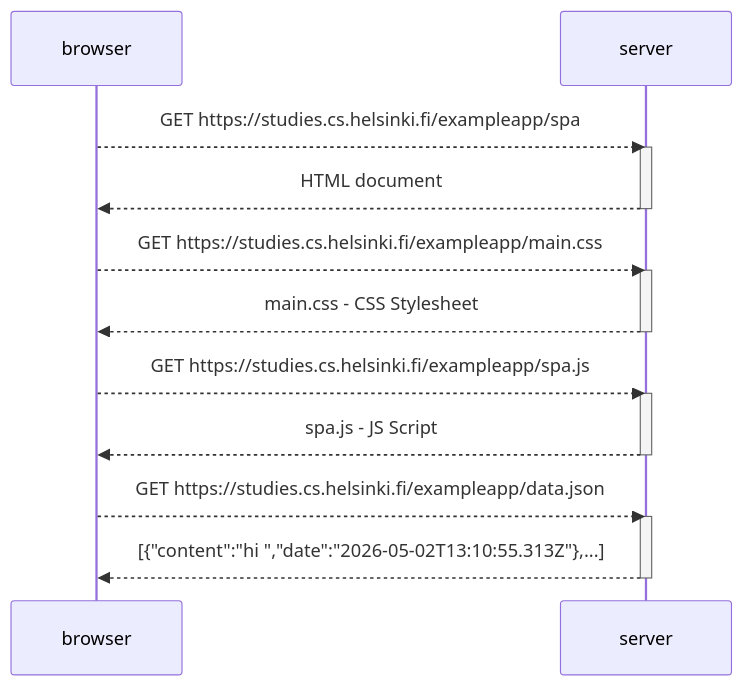
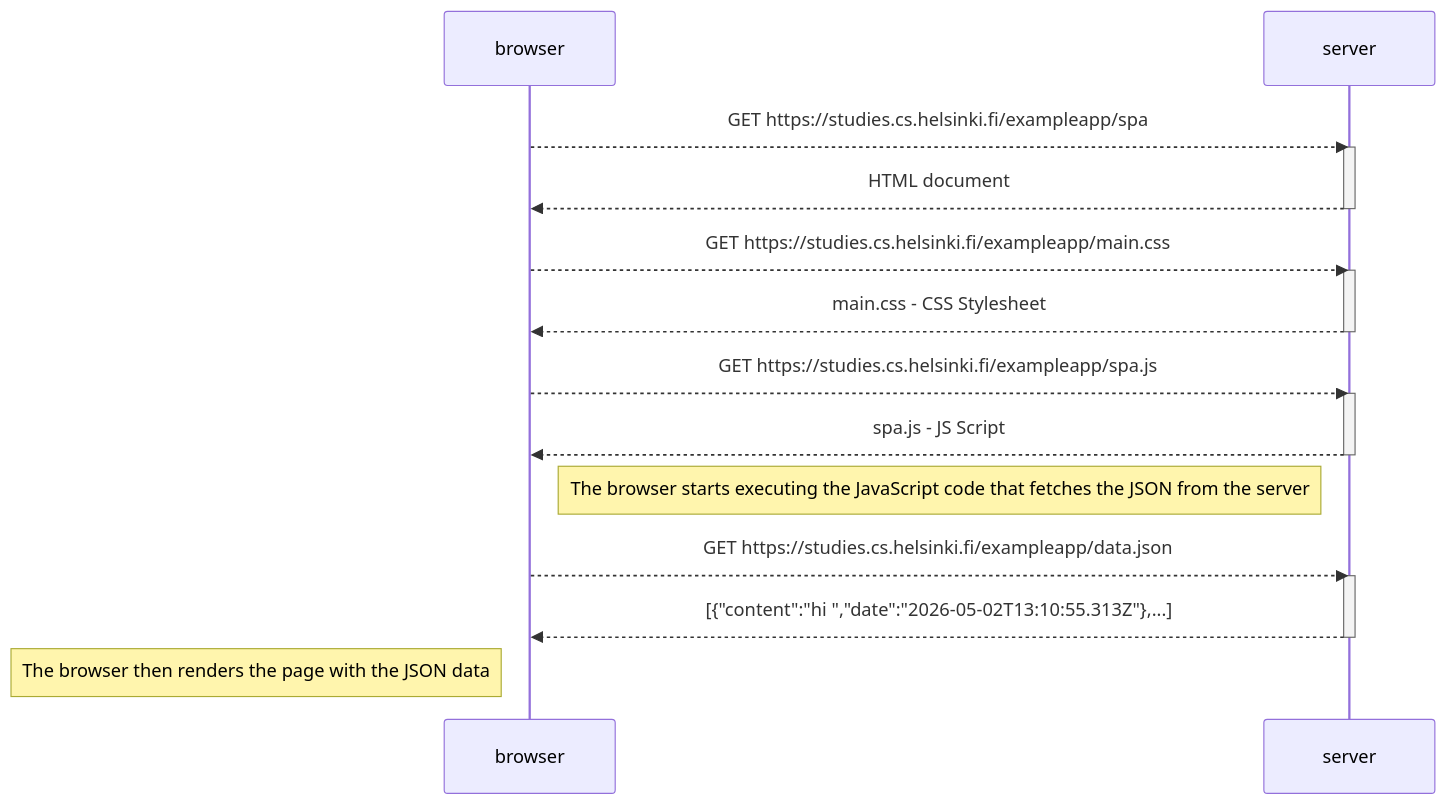
One commit to jallepalli-harsh/fs-opencourse changed the diagram in part-0/0.5-spa-notes-flow-diagram.md. Above: the diagram before and after it, drawn with Mermaid. The commit also changed 1 other file, not shown here.

Commit message:
adds better notes in the mermaid diagram

````diff
--- a/part-0/0.5-spa-notes-flow-diagram.md
+++ b/part-0/0.5-spa-notes-flow-diagram.md
@@ -3,25 +3,29 @@
 ```mermaid
 sequenceDiagram
     participant browser
     participant server
 
     browser-->>server: GET https://studies.cs.helsinki.fi/exampleapp/spa
     activate server
     server-->>browser: HTML document
     deactivate server
 
     browser-->>server: GET https://studies.cs.helsinki.fi/exampleapp/main.css
     activate server
     server-->>browser: main.css - CSS Stylesheet
     deactivate server
 
     browser-->>server: GET https://studies.cs.helsinki.fi/exampleapp/spa.js
     activate server
     server-->>browser: spa.js - JS Script
     deactivate server
+    
+    Note right of browser: The browser starts executing the JavaScript code that fetches the JSON from the server
 
     browser-->> server: GET https://studies.cs.helsinki.fi/exampleapp/data.json
     activate server
     server-->>browser: [{"content":"hi ","date":"2026-05-02T13:10:55.313Z"},...]
     deactivate server
+
+    Note left of browser: The browser then renders the page with the JSON data
 ```
````
